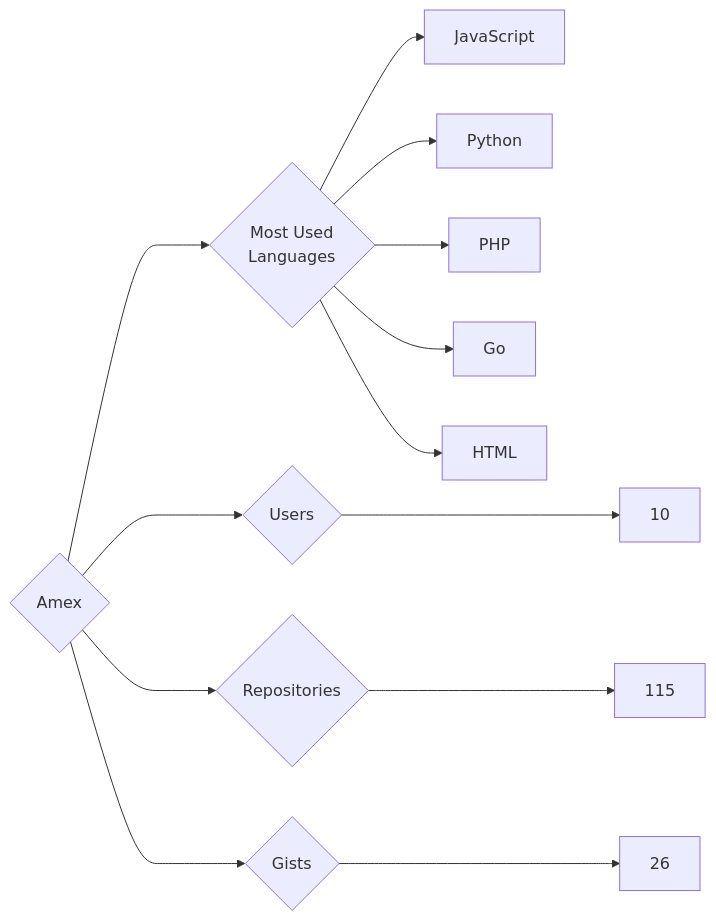
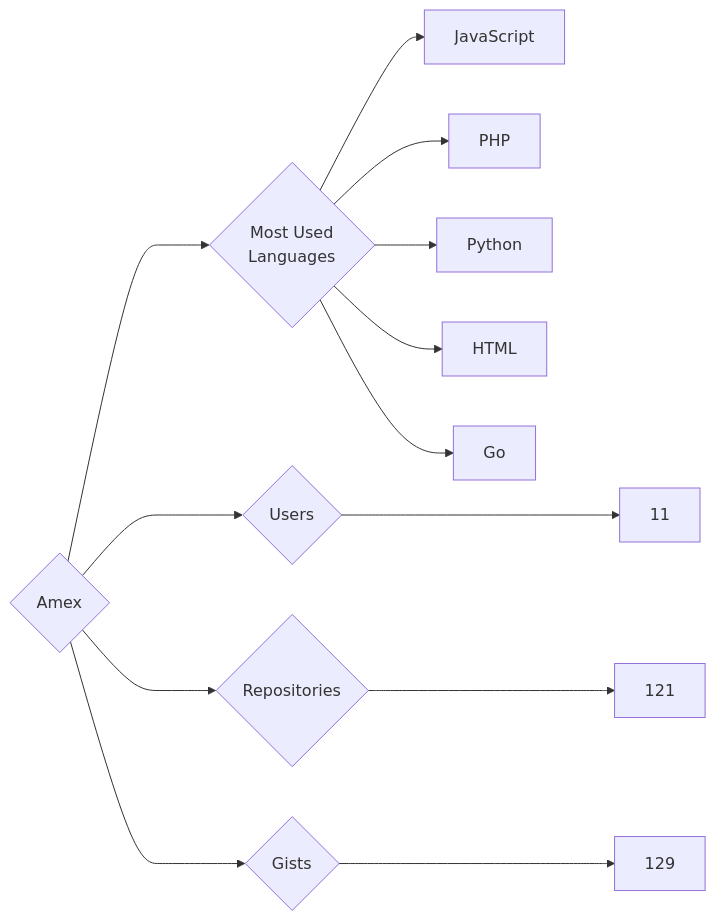
One commit to trickest/insiders changed the diagram in targets/Amex/README.md. Above: the diagram before and after it, drawn with Mermaid. The commit also changed 783 other files, not shown here.

````diff
--- a/targets/Amex/README.md
+++ b/targets/Amex/README.md
@@ -3,13 +3,13 @@
 ```mermaid
 graph LR
 COMPANY_NAME{Amex}
-COMPANY_NAME ---> U{Users} ---> UN[10]
-COMPANY_NAME ---> R{Repositories} ---> RN[115]
-COMPANY_NAME ---> G{Gists} ---> GN[26]
+COMPANY_NAME ---> U{Users} ---> UN[11]
+COMPANY_NAME ---> R{Repositories} ---> RN[121]
+COMPANY_NAME ---> G{Gists} ---> GN[129]
 COMPANY_NAME ---> ML{Most Used<br>Languages}
 ML --> JavaScript[JavaScript]
+ML --> PHP[PHP]
 ML --> Python[Python]
-ML --> PHP[PHP]
+ML --> HTML[HTML]
 ML --> Go[Go]
-ML --> HTML[HTML]
 ```
````
